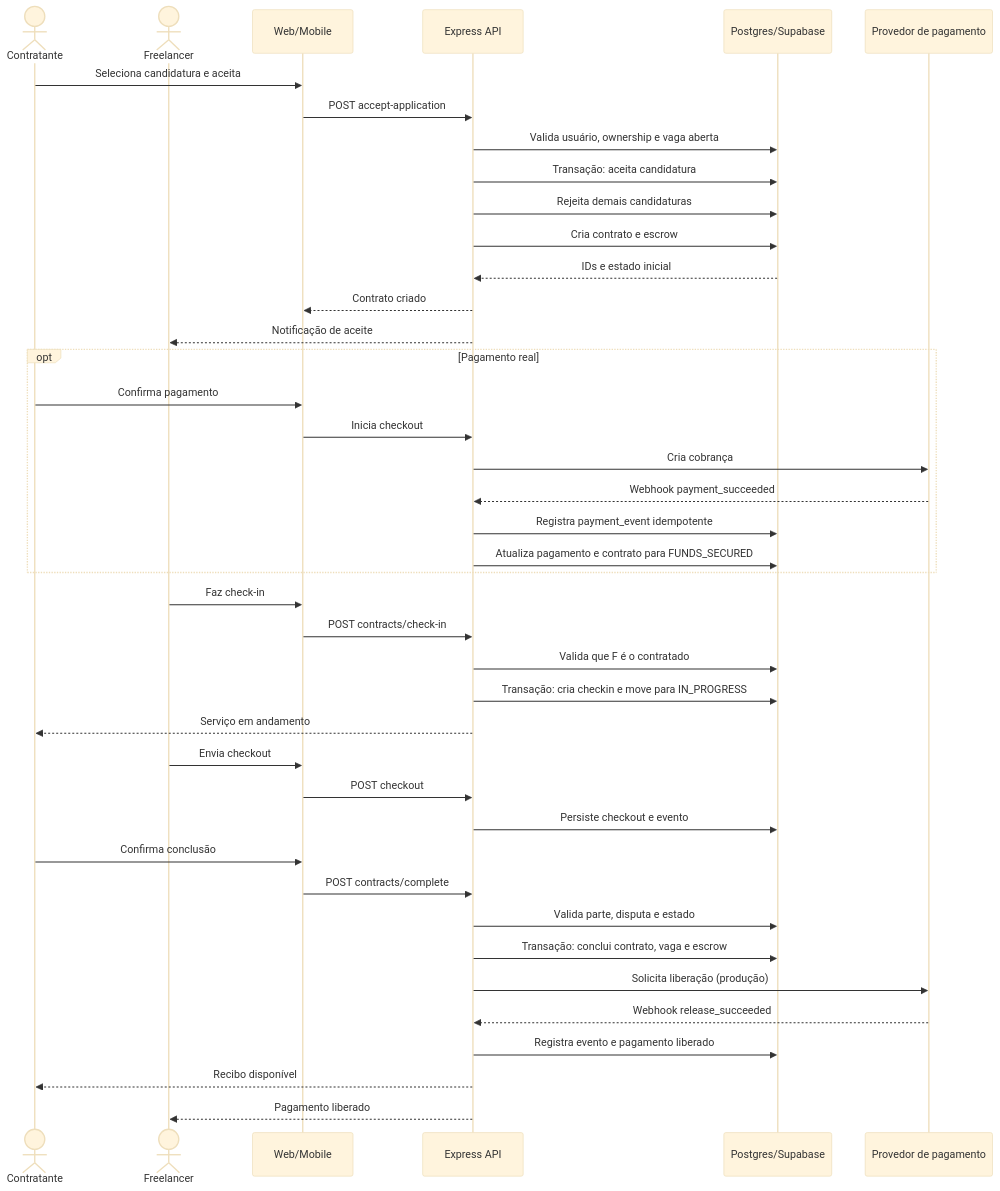
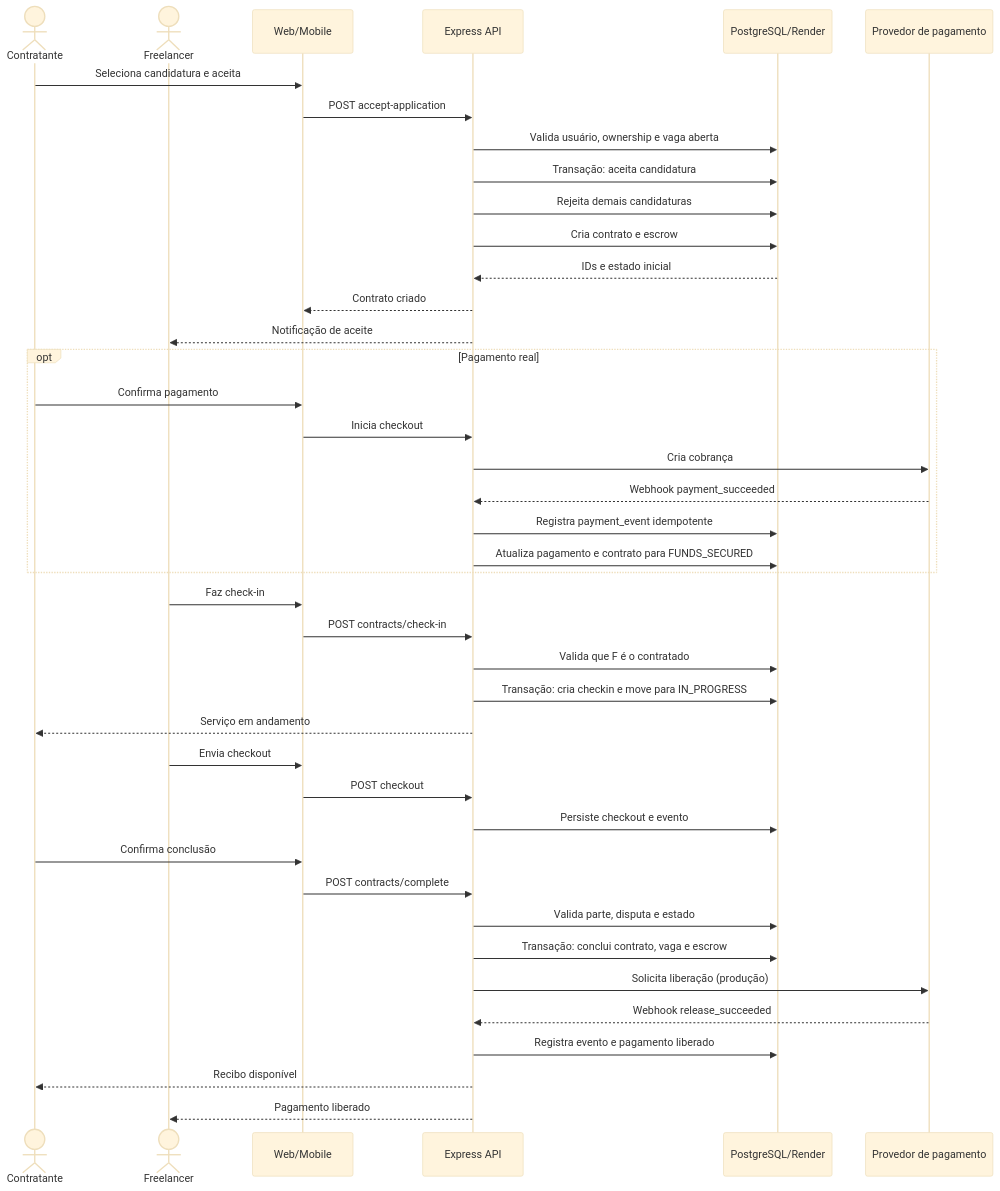
The third of 5 diagrams in docs/UML.md (lhadipa/trampo), drawn with Mermaid (base theme) before and after one commit. The commit also changed other lines of this file and 117 other files, not shown here.

````diff
--- a/docs/UML.md
+++ b/docs/UML.md
@@ -205,47 +205,47 @@
 ```mermaid
 sequenceDiagram
   actor C as Contratante
   actor F as Freelancer
   participant UI as Web/Mobile
   participant API as Express API
-  participant DB as Postgres/Supabase
+  participant DB as PostgreSQL/Render
   participant P as Provedor de pagamento
 
   C->>UI: Seleciona candidatura e aceita
   UI->>API: POST accept-application
   API->>DB: Valida usuário, ownership e vaga aberta
   API->>DB: Transação: aceita candidatura
   API->>DB: Rejeita demais candidaturas
   API->>DB: Cria contrato e escrow
   DB-->>API: IDs e estado inicial
   API-->>UI: Contrato criado
   API-->>F: Notificação de aceite
 
   opt Pagamento real
     C->>UI: Confirma pagamento
     UI->>API: Inicia checkout
     API->>P: Cria cobrança
     P-->>API: Webhook payment_succeeded
     API->>DB: Registra payment_event idempotente
     API->>DB: Atualiza pagamento e contrato para FUNDS_SECURED
   end
 
   F->>UI: Faz check-in
   UI->>API: POST contracts/check-in
   API->>DB: Valida que F é o contratado
   API->>DB: Transação: cria checkin e move para IN_PROGRESS
   API-->>C: Serviço em andamento
 
   F->>UI: Envia checkout
   UI->>API: POST checkout
   API->>DB: Persiste checkout e evento
   C->>UI: Confirma conclusão
   UI->>API: POST contracts/complete
   API->>DB: Valida parte, disputa e estado
   API->>DB: Transação: conclui contrato, vaga e escrow
   API->>P: Solicita liberação (produção)
   P-->>API: Webhook release_succeeded
   API->>DB: Registra evento e pagamento liberado
   API-->>C: Recibo disponível
   API-->>F: Pagamento liberado
 ```
````
